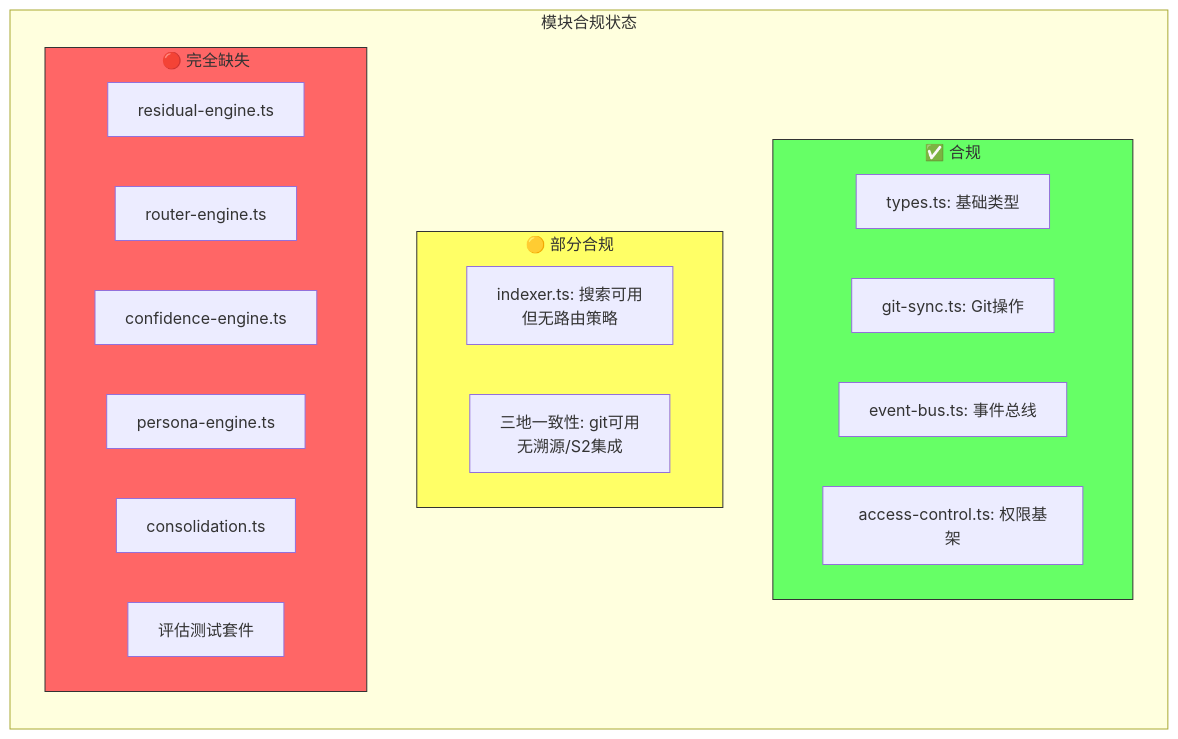
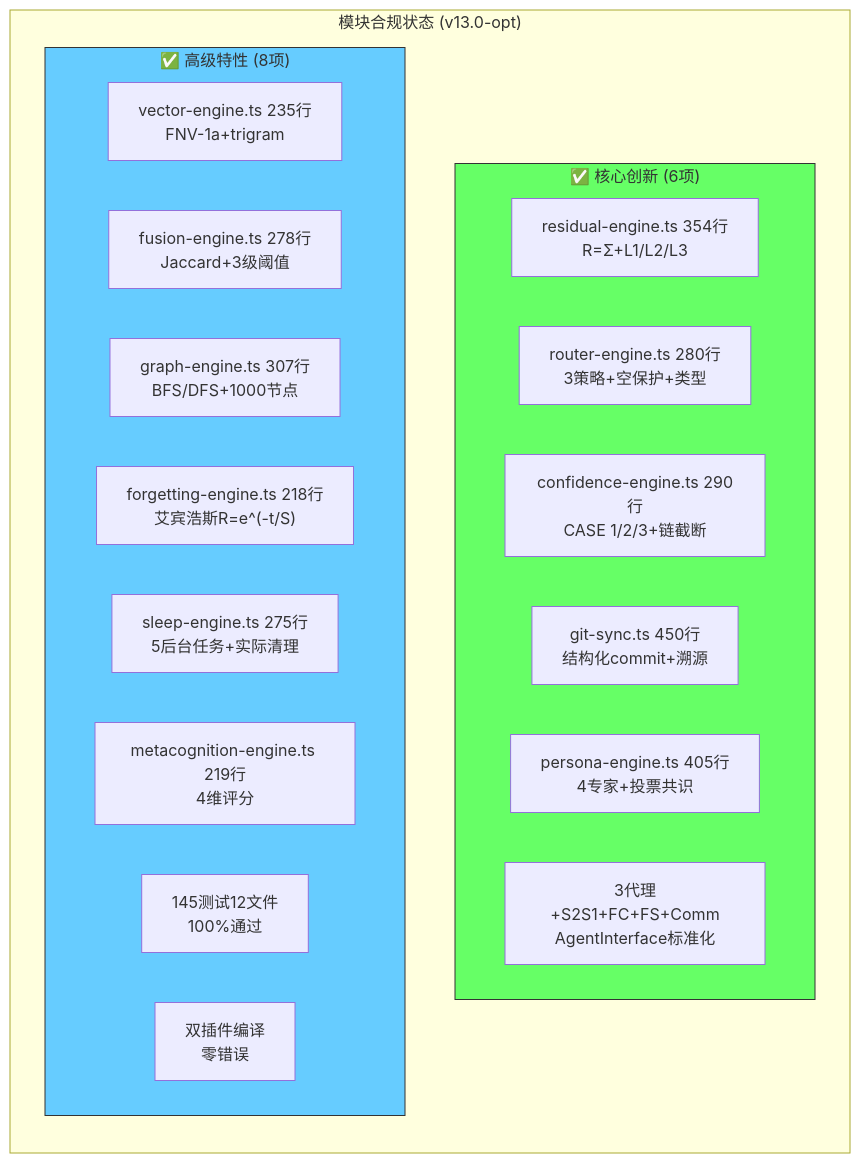
Before and after one commit to zjdyzww/multi-claw-subagents-memory-plugins: diagram 24 of 30 in docs/系统设计文档_含Mermaid图表.md, drawn with Mermaid. The commit also changed other lines of this file and 2 other files, not shown here.

````diff
--- a/docs/系统设计文档_含Mermaid图表.md
+++ b/docs/系统设计文档_含Mermaid图表.md
@@ -856,31 +856,29 @@
 ```mermaid
 graph TB
-    subgraph COMPLIANCE["模块合规状态"]
+    subgraph COMPLIANCE["模块合规状态 (v13.0-opt)"]
         direction TB
 
-        subgraph OK["✅ 合规"]
-            T1["types.ts: 基础类型"]
-            T2["git-sync.ts: Git操作"]
-            T3["event-bus.ts: 事件总线"]
-            T4["access-control.ts: 权限基架"]
+        subgraph OK["✅ 核心创新 (6项)"]
+            T1["residual-engine.ts 354行<br/>R=Σ+L1/L2/L3"]
+            T2["router-engine.ts 280行<br/>3策略+空保护+类型"]
+            T3["confidence-engine.ts 290行<br/>CASE 1/2/3+链截断"]
+            T4["git-sync.ts 450行<br/>结构化commit+溯源"]
+            T5["persona-engine.ts 405行<br/>4专家+投票共识"]
+            T6["3代理+S2S1+FC+FS+Comm<br/>AgentInterface标准化"]
         end
 
-        subgraph PARTIAL["🟡 部分合规"]
-            T5["indexer.ts: 搜索可用<br/>但无路由策略"]
-            T6["三地一致性: git可用<br/>无溯源/S2集成"]
-        end
-
-        subgraph MISSING["🔴 完全缺失"]
-            T7["residual-engine.ts"]
-            T8["router-engine.ts"]
-            T9["confidence-engine.ts"]
-            T10["persona-engine.ts"]
-            T11["consolidation.ts"]
-            T12["评估测试套件"]
+        subgraph ADVANCED["✅ 高级特性 (8项)"]
+            A1["vector-engine.ts 235行<br/>FNV-1a+trigram"]
+            A2["fusion-engine.ts 278行<br/>Jaccard+3级阈值"]
+            A3["graph-engine.ts 307行<br/>BFS/DFS+1000节点"]
+            A4["forgetting-engine.ts 218行<br/>艾宾浩斯R=e^(-t/S)"]
+            A5["sleep-engine.ts 275行<br/>5后台任务+实际清理"]
+            A6["metacognition-engine.ts 219行<br/>4维评分"]
+            A7["145测试12文件<br/>100%通过"]
+            A8["双插件编译<br/>零错误"]
         end
     end
 
     style OK fill:#6f6,stroke:#333
-    style PARTIAL fill:#ff6,stroke:#333
-    style MISSING fill:#f66,stroke:#333
+    style ADVANCED fill:#6cf,stroke:#333
 ```
````
